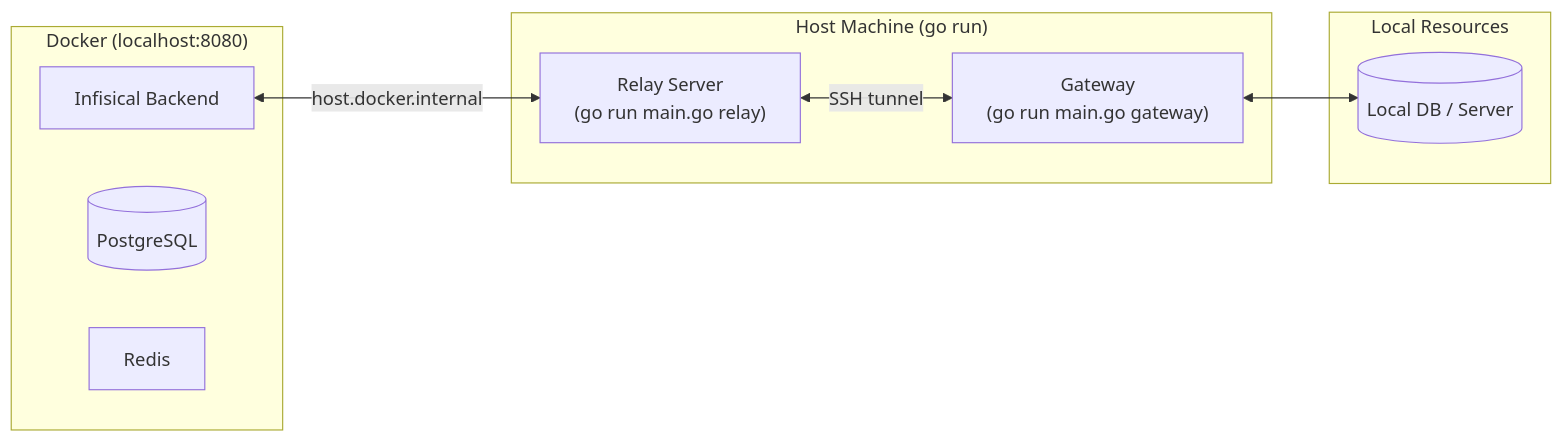
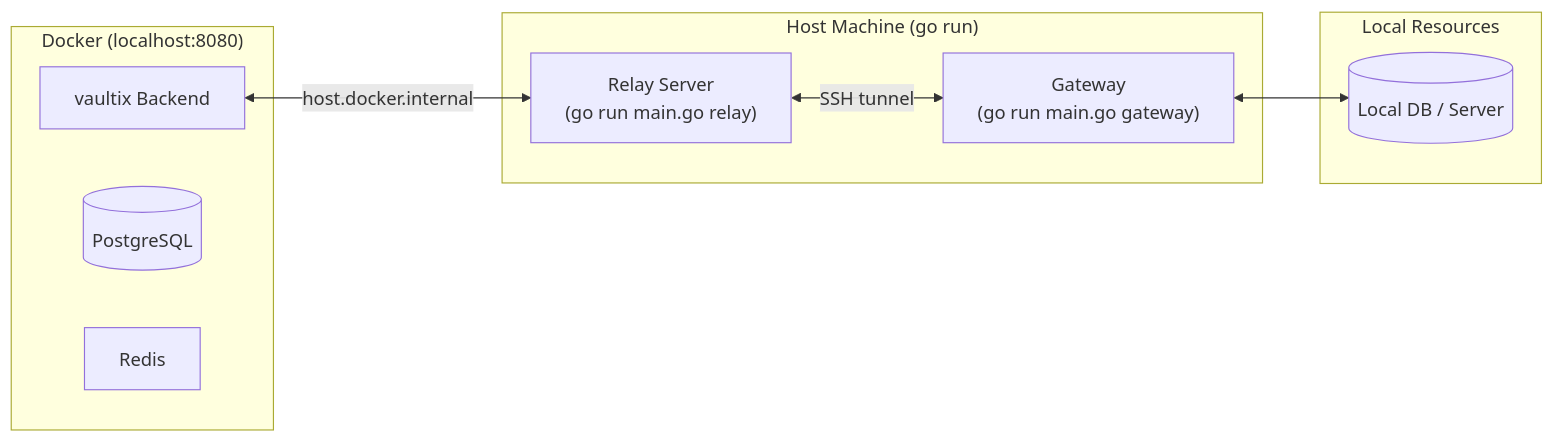
One commit to shippinAI/vaultix changed the diagram in core/docs/contributing/platform/pam-development.mdx. Above: the diagram before and after it, drawn with Mermaid. The commit also changed other lines of this file and 1202 other files, not shown here.

````diff
--- a/core/docs/contributing/platform/pam-development.mdx
+++ b/core/docs/contributing/platform/pam-development.mdx
@@ -16,21 +16,21 @@
 ```mermaid
 graph LR
     subgraph Docker ["Docker (localhost:8080)"]
-        Backend["Infisical Backend"]
+        Backend["vaultix Backend"]
         DB[("PostgreSQL")]
         Redis["Redis"]
     end
 
     subgraph Host ["Host Machine (go run)"]
         Relay["Relay Server<br/>(go run main.go relay)"]
         Gateway["Gateway<br/>(go run main.go gateway)"]
     end
 
     subgraph Local ["Local Resources"]
         Target[("Local DB / Server")]
     end
 
     Backend <-->|"host.docker.internal"| Relay
     Relay <-->|"SSH tunnel"| Gateway
     Gateway <--> Target
 ```
````
